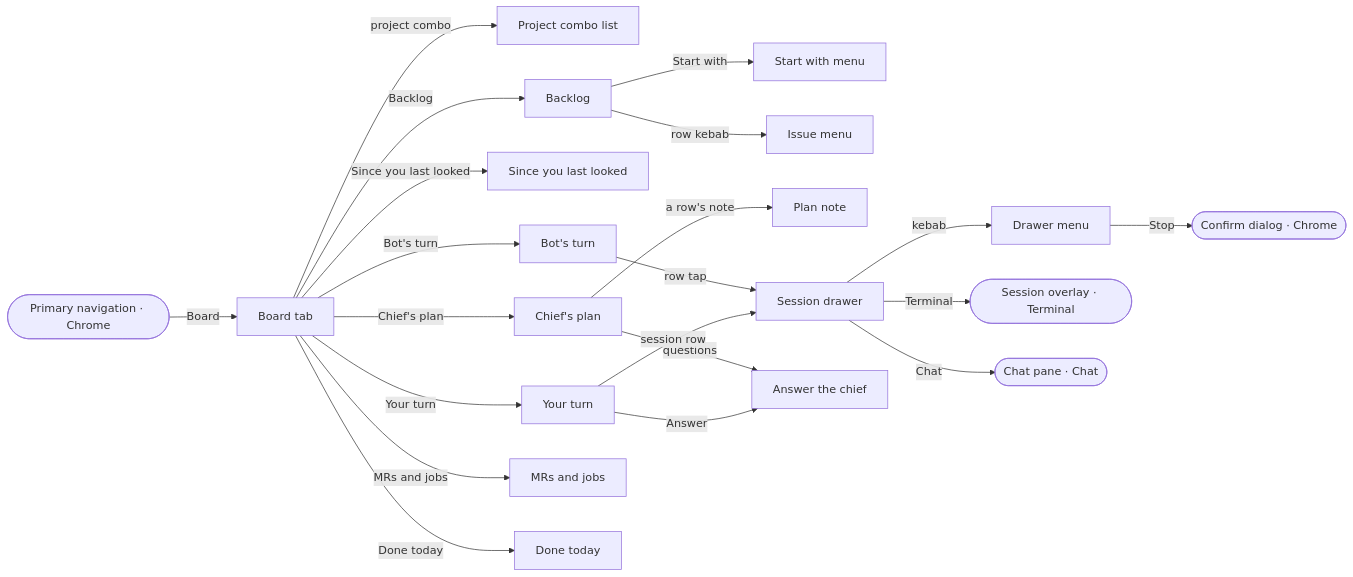
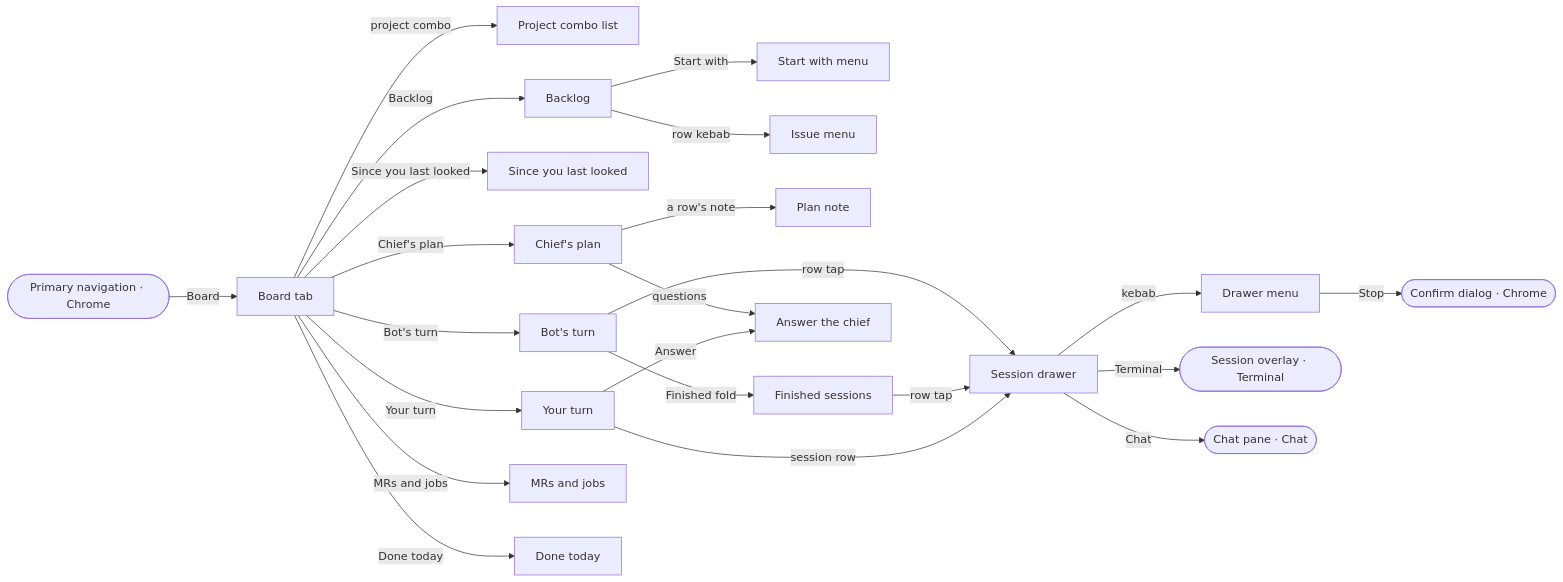
Before and after one commit to ferraroroberto/app-launcher-lite: the ninth of 11 diagrams in docs/ux-surface-map.md, drawn with Mermaid. The commit also changed other lines of this file and 8 other files, not shown here.

First line of the commit message:
feat: fold finished sessions out of Bot's turn on the Board (#620)

````diff
--- a/docs/ux-surface-map.md
+++ b/docs/ux-surface-map.md
@@ -1144,42 +1144,45 @@
 ```mermaid
 flowchart LR
   s70["Board tab"]
   s71["Project combo list"]
   s72["Backlog"]
   s73["Start with menu"]
   s74["Issue menu"]
   s75["Since you last looked"]
   s76["Chief's plan"]
   s77["Plan note"]
   s78["Bot's turn"]
-  s79["Your turn"]
-  s80["Session drawer"]
-  s81["Drawer menu"]
-  s82["Answer the chief"]
-  s83["MRs and jobs"]
-  s84["Done today"]
+  s79["Finished sessions"]
+  s80["Your turn"]
+  s81["Session drawer"]
+  s82["Drawer menu"]
+  s83["Answer the chief"]
+  s84["MRs and jobs"]
+  s85["Done today"]
   s0(["Primary navigation · Chrome"])
   s22(["Session overlay · Terminal"])
   s31(["Chat pane · Chat"])
   s6(["Confirm dialog · Chrome"])
   s0 -->|"Board"| s70
   s70 -->|"project combo"| s71
   s70 -->|"Backlog"| s72
   s70 -->|"Since you last looked"| s75
   s70 -->|"Chief's plan"| s76
   s70 -->|"Bot's turn"| s78
-  s70 -->|"Your turn"| s79
-  s70 -->|"MRs and jobs"| s83
-  s70 -->|"Done today"| s84
+  s70 -->|"Your turn"| s80
+  s70 -->|"MRs and jobs"| s84
+  s70 -->|"Done today"| s85
   s72 -->|"Start with"| s73
   s72 -->|"row kebab"| s74
   s76 -->|"a row's note"| s77
-  s76 -->|"questions"| s82
-  s78 -->|"row tap"| s80
-  s79 -->|"session row"| s80
-  s79 -->|"Answer"| s82
-  s80 -->|"kebab"| s81
-  s80 -->|"Terminal"| s22
-  s80 -->|"Chat"| s31
-  s81 -->|"Stop"| s6
+  s76 -->|"questions"| s83
+  s78 -->|"row tap"| s81
+  s78 -->|"Finished fold"| s79
+  s79 -->|"row tap"| s81
+  s80 -->|"session row"| s81
+  s80 -->|"Answer"| s83
+  s81 -->|"kebab"| s82
+  s81 -->|"Terminal"| s22
+  s81 -->|"Chat"| s31
+  s82 -->|"Stop"| s6
 ```
````
